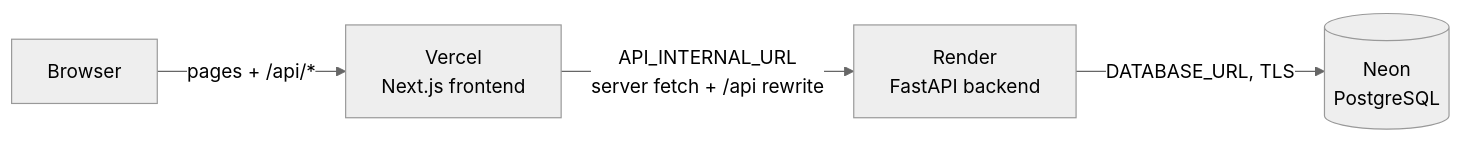
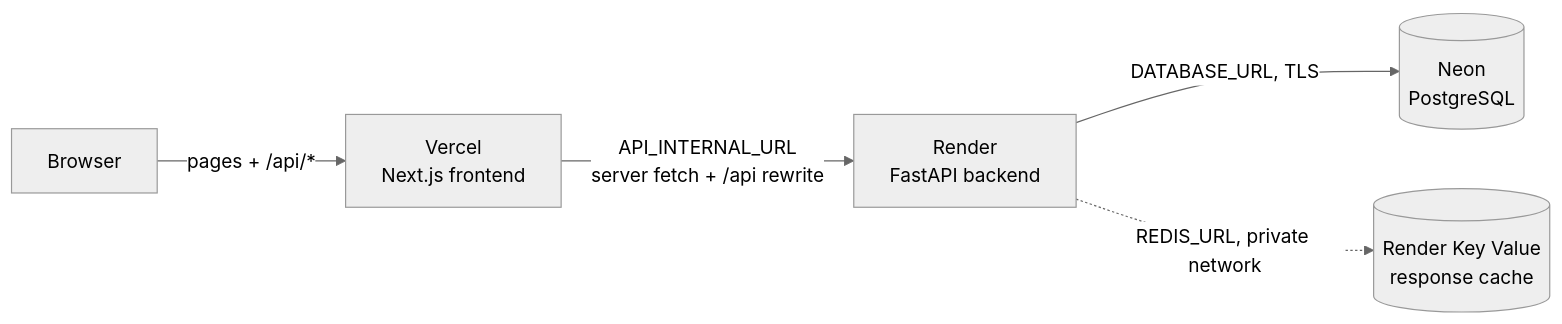
The diagram in docs/deployment/cloud.md (somanyhoeurn/khmer_moon_calendar), drawn with Mermaid (neutral theme) before and after one commit. The commit also changed other lines of this file and 38 other files, not shown here.

First line of the commit message:
Add commemorations, redesign calendar toolbar, add Redis response cache

````diff
--- a/docs/deployment/cloud.md
+++ b/docs/deployment/cloud.md
@@ -3,6 +3,7 @@
 ```mermaid
 flowchart LR
   B[Browser] -->|pages + /api/*| V[Vercel<br/>Next.js frontend]
   V -->|API_INTERNAL_URL<br/>server fetch + /api rewrite| R[Render<br/>FastAPI backend]
   R -->|DATABASE_URL, TLS| N[(Neon<br/>PostgreSQL)]
+  R -.->|REDIS_URL, private network| K[(Render Key Value<br/>response cache)]
 ```
````
